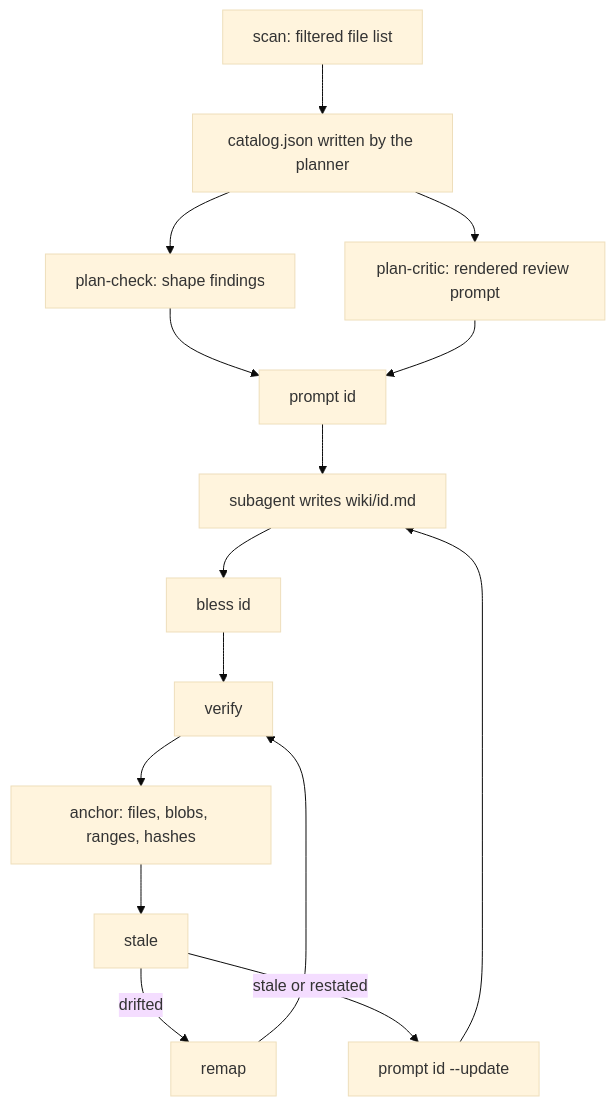
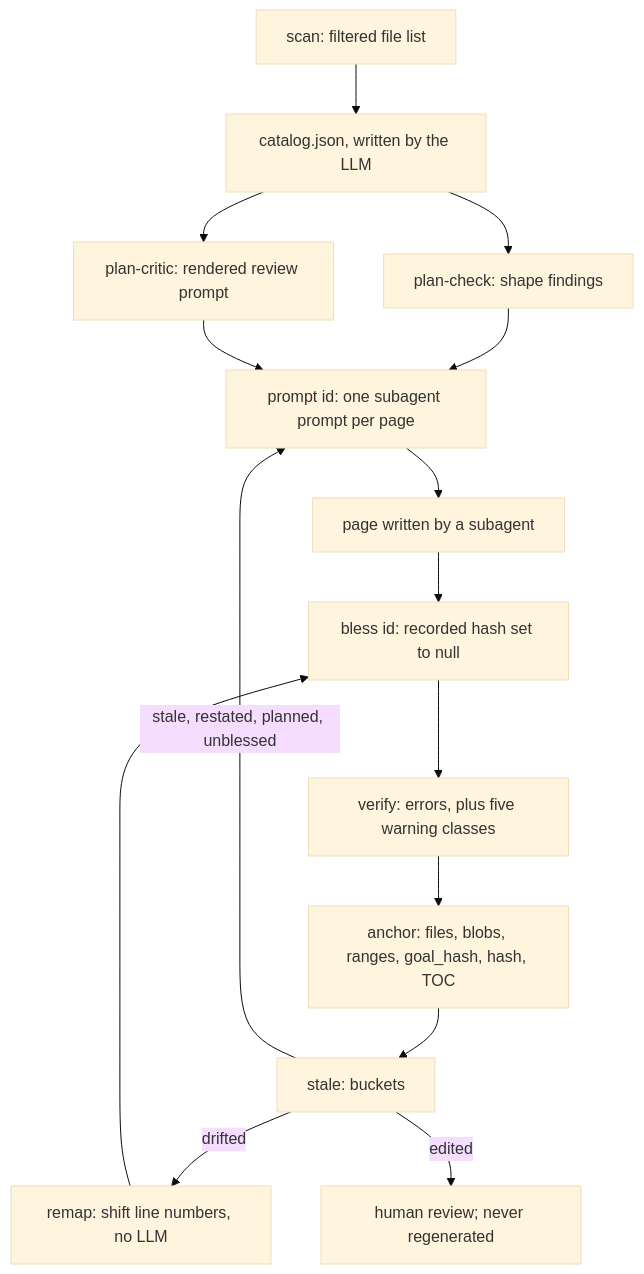
Before and after one commit to ARMeeru/akashic-record: the diagram in .akashic/wiki/deterministic-core.md, drawn with Mermaid (base theme). The commit also changed other lines of this file and 4 other files, not shown here.

````diff
--- a/.akashic/wiki/deterministic-core.md
+++ b/.akashic/wiki/deterministic-core.md
@@ -11,17 +17,17 @@
 ```mermaid
 flowchart TD
-  scan[scan: filtered file list] --> plan[catalog.json written by the planner]
-  plan --> plancheck[plan-check: shape findings]
-  plan --> plancritic[plan-critic: rendered review prompt]
-  plancheck --> prompt[prompt id]
-  plancritic --> prompt
-  prompt --> page[subagent writes wiki/id.md]
-  page --> bless[bless id]
-  bless --> verify[verify]
-  verify --> anchor[anchor: files, blobs, ranges, hashes]
-  anchor --> stale[stale]
-  stale -->|drifted| remap[remap]
-  remap --> verify
-  stale -->|stale or restated| update[prompt id --update]
-  update --> page
+    S[scan: filtered file list] --> C[catalog.json, written by the LLM]
+    C --> PC[plan-check: shape findings]
+    C --> PK[plan-critic: rendered review prompt]
+    PC --> P[prompt id: one subagent prompt per page]
+    PK --> P
+    P --> W[page written by a subagent]
+    W --> B[bless id: recorded hash set to null]
+    B --> V[verify: errors, plus five warning classes]
+    V --> A[anchor: files, blobs, ranges, goal_hash, hash, TOC]
+    A --> ST[stale: buckets]
+    ST -->|stale, restated, planned, unblessed| P
+    ST -->|drifted| R[remap: shift line numbers, no LLM]
+    R --> B
+    ST -->|edited| H[human review; never regenerated]
 ```
````
